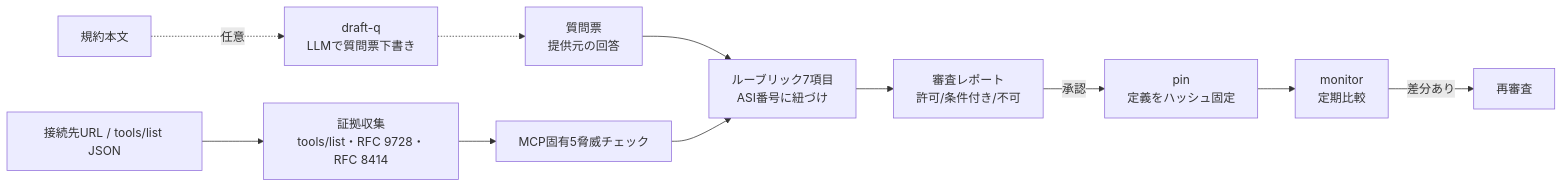
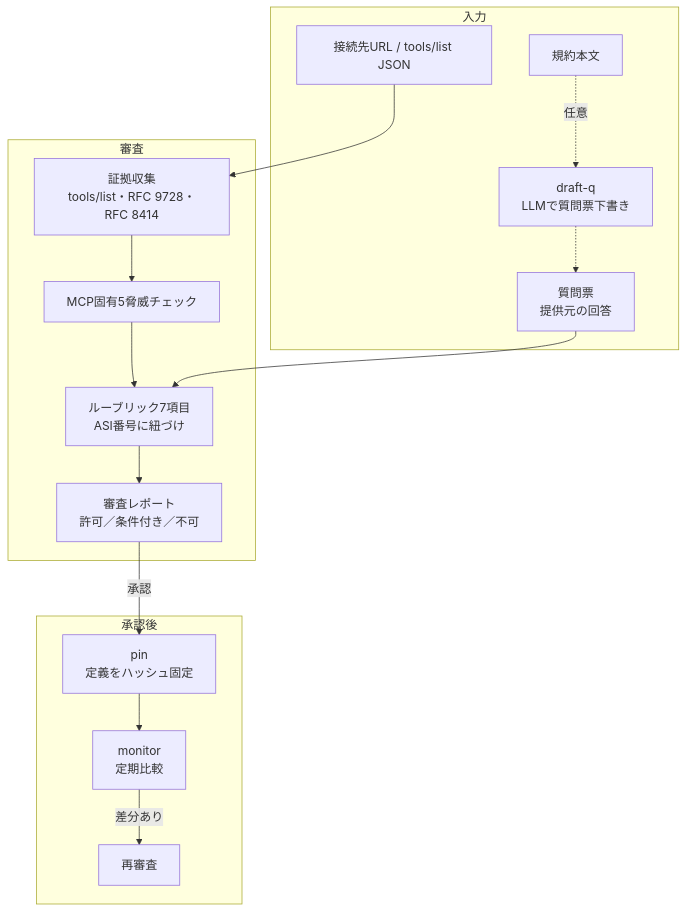
The diagram in README.md (sanarita/magate), drawn with Mermaid before and after one commit.

````diff
--- a/README.md
+++ b/README.md
@@ -17,11 +17,21 @@
 ```mermaid
-flowchart LR
-  A[接続先URL / tools/list JSON] --> B[証拠収集<br>tools/list・RFC 9728・RFC 8414]
-  Q[質問票<br>提供元の回答] --> D
-  P[規約本文] -. 任意 .-> L[draft-q<br>LLMで質問票下書き] -.-> Q
-  B --> C[MCP固有5脅威チェック]
-  C --> D[ルーブリック7項目<br>ASI番号に紐づけ]
-  D --> R[審査レポート<br>許可/条件付き/不可]
-  R -->|承認| PIN[pin<br>定義をハッシュ固定]
-  PIN --> M[monitor<br>定期比較] -->|差分あり| RE[再審査]
+flowchart TB
+  subgraph 入力
+    A[接続先URL / tools/list JSON]
+    Q[質問票<br>提供元の回答]
+    P[規約本文] -. 任意 .-> L[draft-q<br>LLMで質問票下書き]
+  end
+  subgraph 審査
+    B[証拠収集<br>tools/list・RFC 9728・RFC 8414] --> C[MCP固有5脅威チェック]
+    C --> D[ルーブリック7項目<br>ASI番号に紐づけ]
+    D --> R[審査レポート<br>許可／条件付き／不可]
+  end
+  subgraph 承認後
+    PIN[pin<br>定義をハッシュ固定] --> M[monitor<br>定期比較]
+    M -->|差分あり| RE[再審査]
+  end
+  A --> B
+  L -.-> Q
+  Q --> D
+  R -->|承認| PIN
 ```
````
